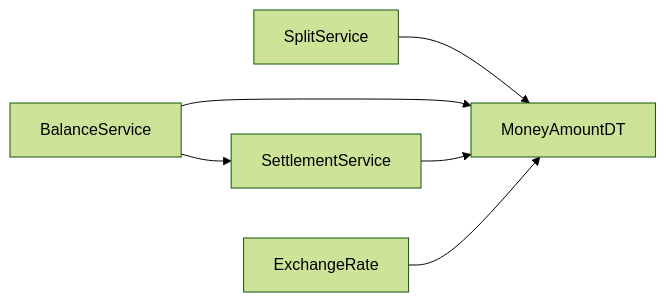
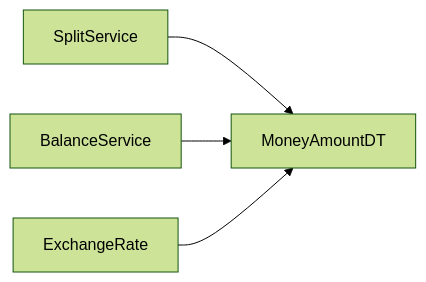
The fourth of 6 diagrams in Architektur/A05-building-block-view.md (Bunyamin0101/WK_1106_CampusSplit), drawn with Mermaid (forest theme) before and after one commit. The commit also changed other lines of this file and 2 other files, not shown here.

Commit message:
docs(architecture): align building blocks and runtime with implementation

````diff
--- a/Architektur/A05-building-block-view.md
+++ b/Architektur/A05-building-block-view.md
@@ -324,14 +311,11 @@
 ```mermaid
 flowchart LR
     MONEY[MoneyAmountDT]
     SPLIT[SplitService]
     BALANCE[BalanceService]
-    SETTLEMENT[SettlementService]
     RATE[ExchangeRate]
 
     SPLIT --> MONEY
     BALANCE --> MONEY
-    SETTLEMENT --> MONEY
     RATE --> MONEY
-    BALANCE --> SETTLEMENT
 ```
````
